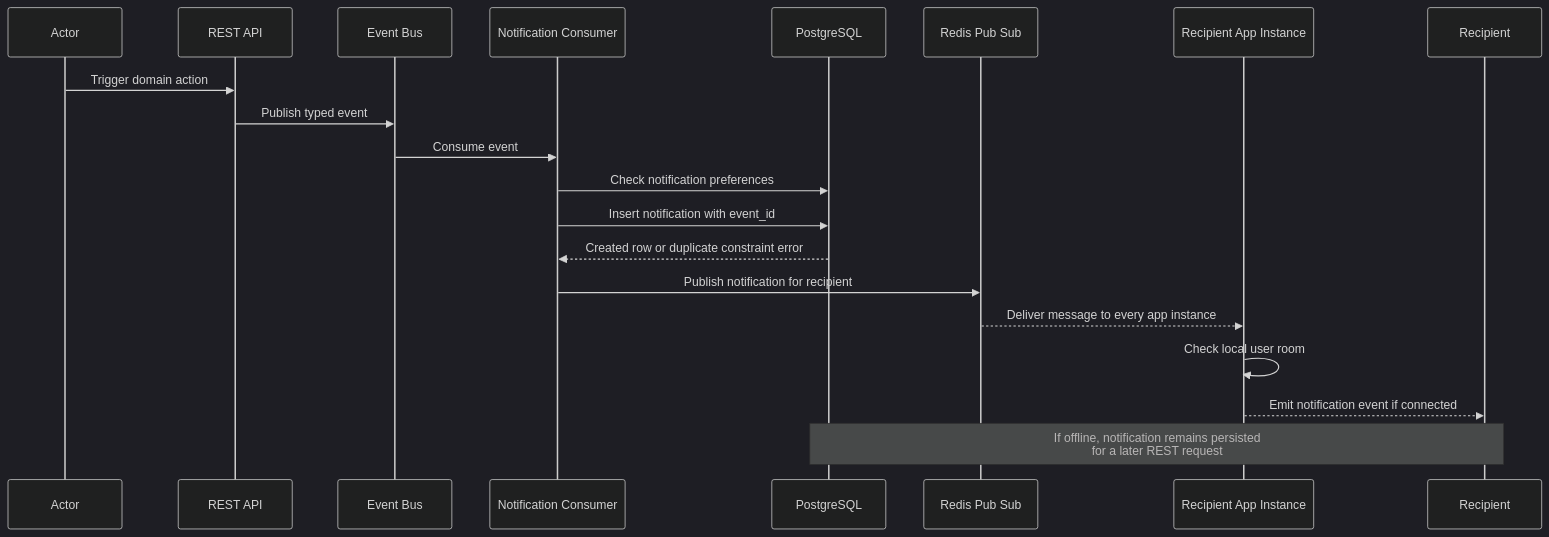
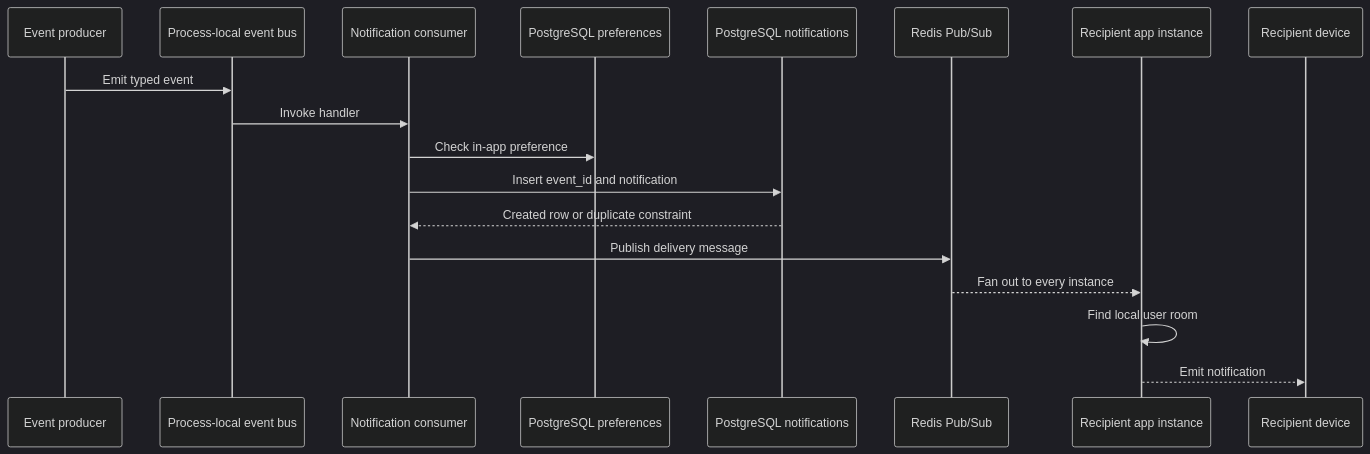
The second of 2 diagrams in README.md (devanshjaincampaign-tech/pulse-notification-engine), drawn with Mermaid (dark theme) before and after one commit. The commit also changed other lines of this file, not shown here.

````diff
--- a/README.md
+++ b/README.md
@@ -74,23 +127,21 @@
 ```mermaid
 sequenceDiagram
-    participant A as Actor
-    participant API as REST API
-    participant Bus as Event Bus
-    participant Consumer as Notification Consumer
-    participant DB as PostgreSQL
-    participant R as Redis Pub Sub
-    participant WS as Recipient App Instance
-    participant User as Recipient
+    participant Producer as Event producer
+    participant Bus as Process-local event bus
+    participant Consumer as Notification consumer
+    participant Prefs as PostgreSQL preferences
+    participant DB as PostgreSQL notifications
+    participant Redis as Redis Pub/Sub
+    participant Socket as Recipient app instance
+    participant User as Recipient device
 
-    A->>API: Trigger domain action
-    API->>Bus: Publish typed event
-    Bus->>Consumer: Consume event
-    Consumer->>DB: Check notification preferences
-    Consumer->>DB: Insert notification with event_id
-    DB-->>Consumer: Created row or duplicate constraint error
-    Consumer->>R: Publish notification for recipient
-    R-->>WS: Deliver message to every app instance
-    WS->>WS: Check local user room
-    WS-->>User: Emit notification event if connected
-    Note over DB,User: If offline, notification remains persisted<br/>for a later REST request
+    Producer->>Bus: Emit typed event
+    Bus->>Consumer: Invoke handler
+    Consumer->>Prefs: Check in-app preference
+    Consumer->>DB: Insert event_id and notification
+    DB-->>Consumer: Created row or duplicate constraint
+    Consumer->>Redis: Publish delivery message
+    Redis-->>Socket: Fan out to every instance
+    Socket->>Socket: Find local user room
+    Socket-->>User: Emit notification
 ```
````
